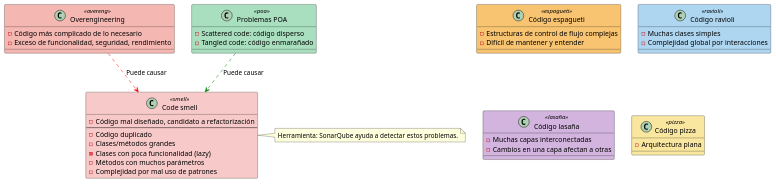
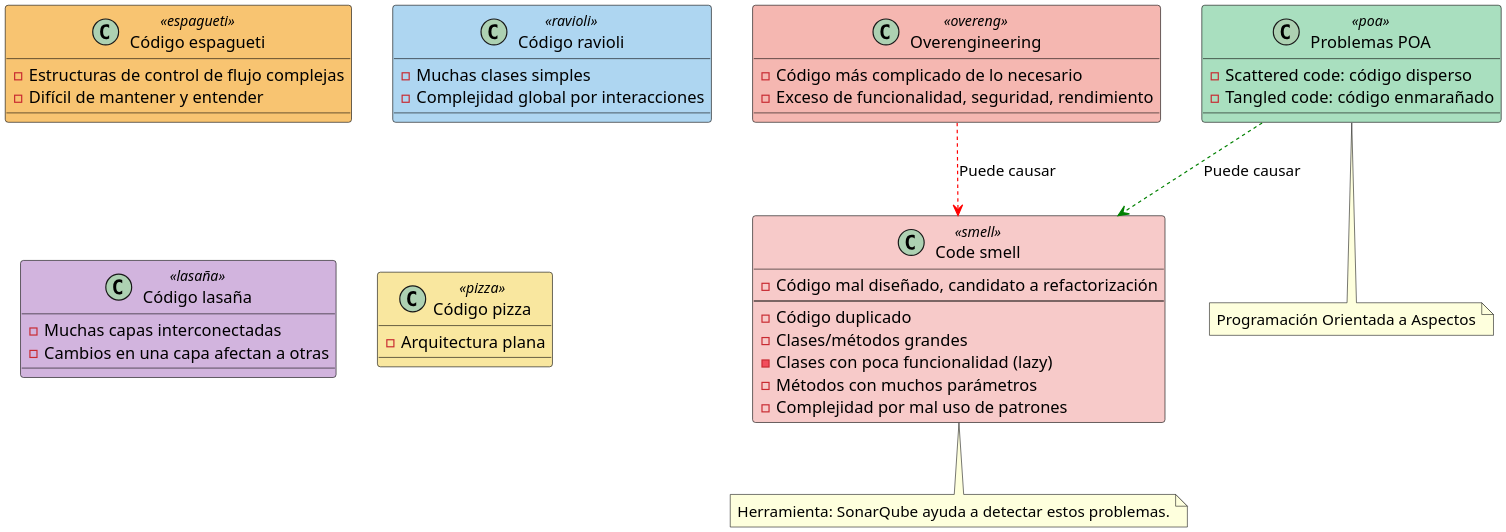
The first of 2 diagrams in 4.2.Problemas_cODIGO.puml (luisgomezgithub/CursoGit), drawn with PlantUML before and after one commit. The commit also changed other lines of this file and 13 other files, not shown here.

```diff
--- a/4.2.Problemas_cODIGO.puml
+++ b/4.2.Problemas_cODIGO.puml
@@ -1,60 +1,65 @@
 @startuml
+scale 2.4
 skinparam class {
     BackgroundColor<<espagueti>> #f8c471
     BackgroundColor<<ravioli>> #aed6f1
     BackgroundColor<<lasaña>> #d2b4de
     BackgroundColor<<pizza>> #f9e79f
     BackgroundColor<<overeng>> #f5b7b1
     BackgroundColor<<poa>> #a9dfbf
     BackgroundColor<<smell>> #f7cac9
     BorderColor Black
 }
 
 class "Código espagueti" <<espagueti>> {
     - Estructuras de control de flujo complejas
     - Difícil de mantener y entender
 }
 
 class "Código ravioli" <<ravioli>> {
     - Muchas clases simples
     - Complejidad global por interacciones
 }
 
 class "Código lasaña" <<lasaña>> {
     - Muchas capas interconectadas
     - Cambios en una capa afectan a otras
 }
 
 class "Código pizza" <<pizza>> {
     - Arquitectura plana
 }
 
 class "Overengineering" <<overeng>> {
     - Código más complicado de lo necesario
     - Exceso de funcionalidad, seguridad, rendimiento
 }
 
 class "Problemas POA" <<poa>> {
     - Scattered code: código disperso
     - Tangled code: código enmarañado
 }
 
+note bottom of "Problemas POA"
+Programación Orientada a Aspectos
+end note
+
 class "Code smell" <<smell>> {
     - Código mal diseñado, candidato a refactorización
     --
     - Código duplicado
     - Clases/métodos grandes
     - Clases con poca funcionalidad (lazy)
     - Métodos con muchos parámetros
     - Complejidad por mal uso de patrones
 }
 
-note right of "Code smell"
+note bottom of "Code smell"
 Herramienta: SonarQube ayuda a detectar estos problemas.
 end note
 
 ' Relaciones lógicas (no estrictamente UML, pero útiles para recordar)
 "Problemas POA" -[#green,dashed]-> "Code smell" : Puede causar
 "Overengineering" -[#red,dashed]-> "Code smell" : Puede causar
 
 @enduml
```
